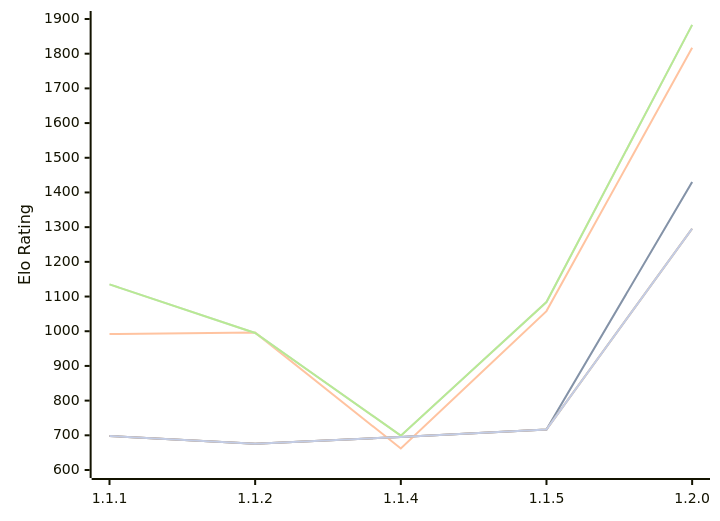
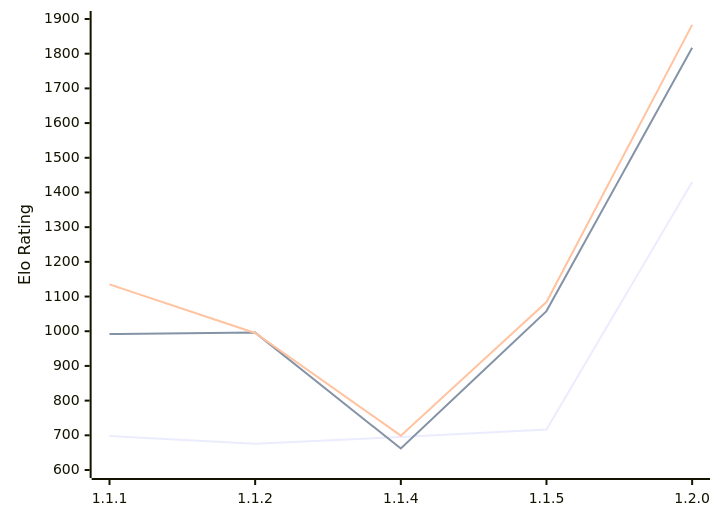
One commit to computer-chess-index/cci changed the diagram in engines/ChessCore.md. Above: the diagram before and after it, drawn with Mermaid. The commit also changed other lines of this file, not shown here.

````diff
--- a/engines/ChessCore.md
+++ b/engines/ChessCore.md
@@ -51,13 +51,9 @@
 ```mermaid
 %%{init: {"theme":"base","themeVariables":{"seriesColors:['#a3a3a3','#222221','#faa371']}}}%%
 xychart-beta
   x-axis ["1.1.1", "1.1.2", "1.1.4", "1.1.5", "1.2.0"]
   y-axis "Elo Rating" 600 --> 1900
-  line "" [698, 676, 695, 717, 1430]
   line "T1: STC (8.0+0.08s)" [698, 676, 695, 717, 1430]
   line "T1: LTC (60.0+0.60s)" [992, 996, 662, 1058, 1817]
-  line "" [1135, 995, 699, 1084, 1883]
   line "T1: VLTC (2m24s+1.12s)" [1135, 995, 699, 1084, 1883]
-  line "" [698, 676, 695, 717,1296]
-  line "E1: STC (8.0+0.08s)" [698, 676, 695, 717,1296]
 ```
````
